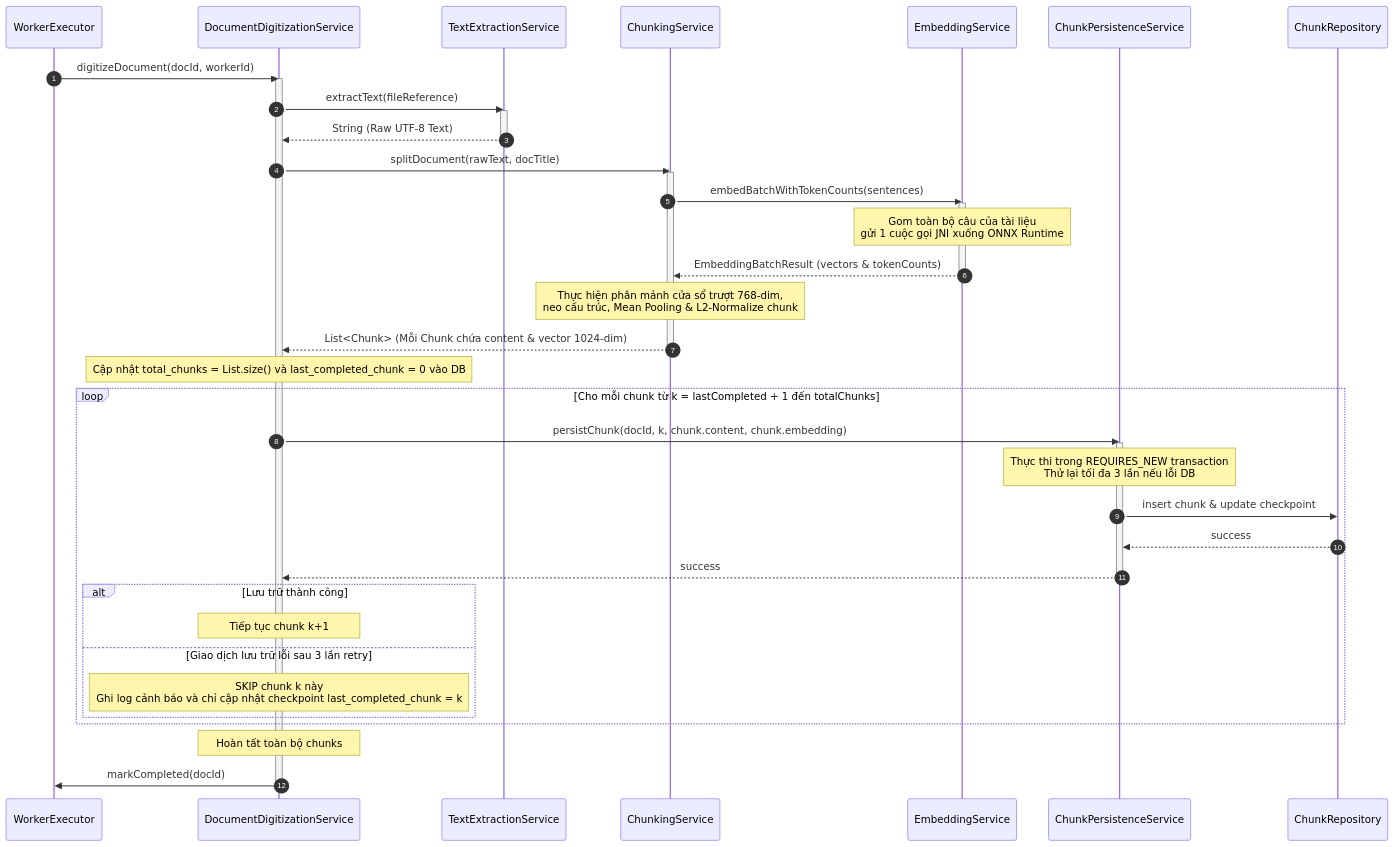
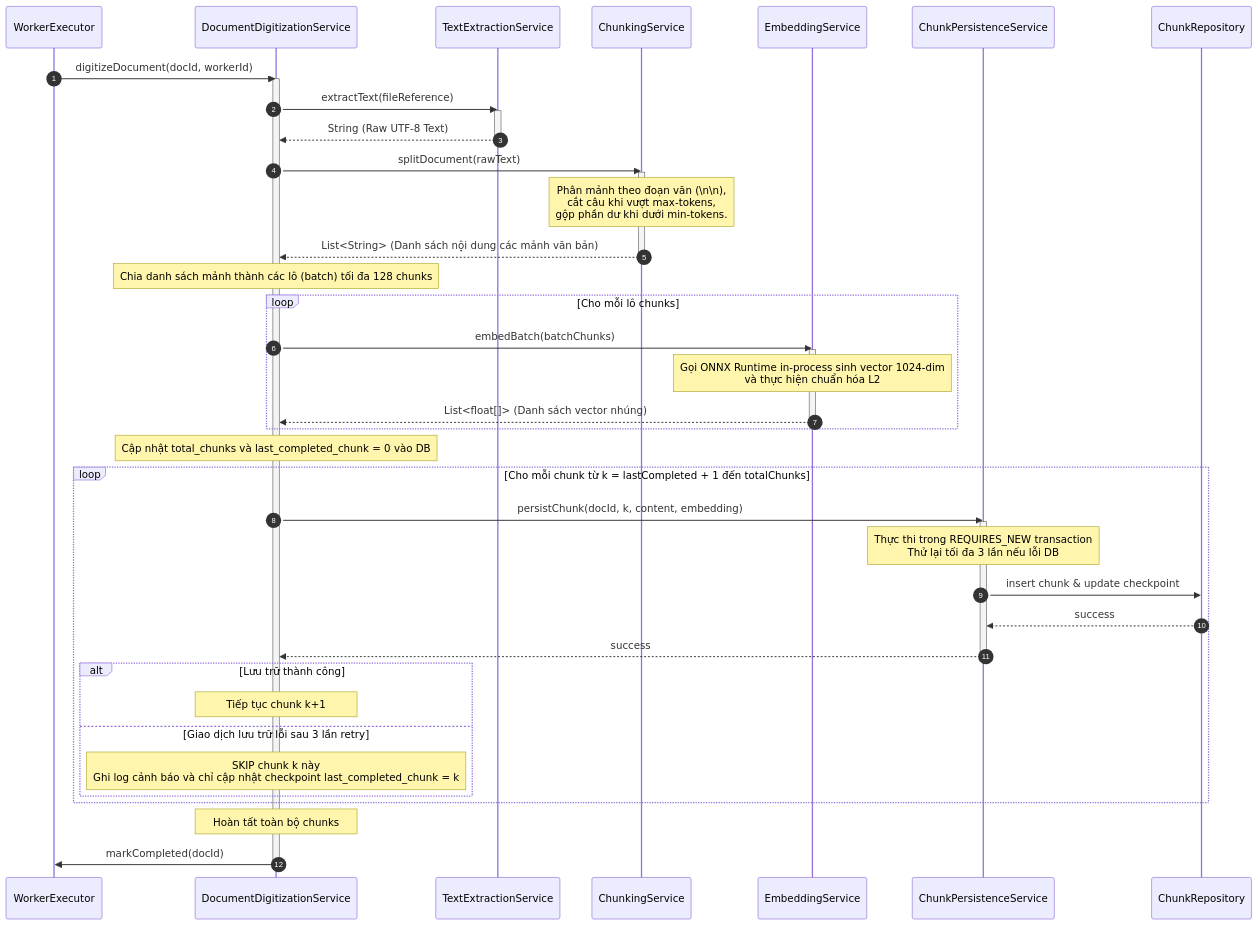
One commit to thanhhuong1523/enterprise-ai-systems changed the second of 5 diagrams in eap/docs/week4/DetailedDesign.md. Above: the diagram before and after it, drawn with Mermaid. The commit also changed other lines of this file and 2 other files, not shown here.

````diff
--- a/eap/docs/week4/DetailedDesign.md
+++ b/eap/docs/week4/DetailedDesign.md
@@ -112,55 +113,57 @@
 ```mermaid
 sequenceDiagram
     autonumber
     participant W as WorkerExecutor
     participant DS as DocumentDigitizationService
     participant TE as TextExtractionService
     participant CS as ChunkingService
     participant ES as EmbeddingService
     participant PS as ChunkPersistenceService
     participant R as ChunkRepository
 
     W->>DS: digitizeDocument(docId, workerId)
     activate DS
     
     DS->>TE: extractText(fileReference)
     activate TE
     TE-->>DS: String (Raw UTF-8 Text)
     deactivate TE
     
-    DS->>CS: splitDocument(rawText, docTitle)
+    DS->>CS: splitDocument(rawText)
     activate CS
-    
-    CS->>ES: embedBatchWithTokenCounts(sentences)
-    activate ES
-    Note over ES: Gom toàn bộ câu của tài liệu<br/>gửi 1 cuộc gọi JNI xuống ONNX Runtime
-    ES-->>CS: EmbeddingBatchResult (vectors & tokenCounts)
-    deactivate ES
-    
-    Note over CS: Thực hiện phân mảnh cửa sổ trượt 768-dim,<br/>neo cấu trúc, Mean Pooling & L2-Normalize chunk
-    
-    CS-->>DS: List<Chunk> (Mỗi Chunk chứa content & vector 1024-dim)
+    Note over CS: Phân mảnh theo đoạn văn (\n\n),<br/>cắt câu khi vượt max-tokens,<br/>gộp phần dư khi dưới min-tokens.
+    CS-->>DS: List<String> (Danh sách nội dung các mảnh văn bản)
     deactivate CS
 
-    Note over DS: Cập nhật total_chunks = List.size() và last_completed_chunk = 0 vào DB
+    Note over DS: Chia danh sách mảnh thành các lô (batch) tối đa 128 chunks
+    
+    loop Cho mỗi lô chunks
+        DS->>ES: embedBatch(batchChunks)
+        activate ES
+        Note over ES: Gọi ONNX Runtime in-process sinh vector 1024-dim<br/>và thực hiện chuẩn hóa L2
+        ES-->>DS: List<float[]> (Danh sách vector nhúng)
+        deactivate ES
+    end
+
+    Note over DS: Cập nhật total_chunks và last_completed_chunk = 0 vào DB
     
     loop Cho mỗi chunk từ k = lastCompleted + 1 đến totalChunks
-        DS->>PS: persistChunk(docId, k, chunk.content, chunk.embedding)
+        DS->>PS: persistChunk(docId, k, content, embedding)
         activate PS
         Note over PS: Thực thi trong REQUIRES_NEW transaction<br/>Thử lại tối đa 3 lần nếu lỗi DB
         PS->>R: insert chunk & update checkpoint
         R-->>PS: success
         PS-->>DS: success
         deactivate PS
         
         alt Lưu trữ thành công
             Note over DS: Tiếp tục chunk k+1
         else Giao dịch lưu trữ lỗi sau 3 lần retry
             Note over DS: SKIP chunk k này<br/>Ghi log cảnh báo và chỉ cập nhật checkpoint last_completed_chunk = k
         end
     end
     
     Note over DS: Hoàn tất toàn bộ chunks
     DS->>W: markCompleted(docId)
     deactivate DS
 ```
````
